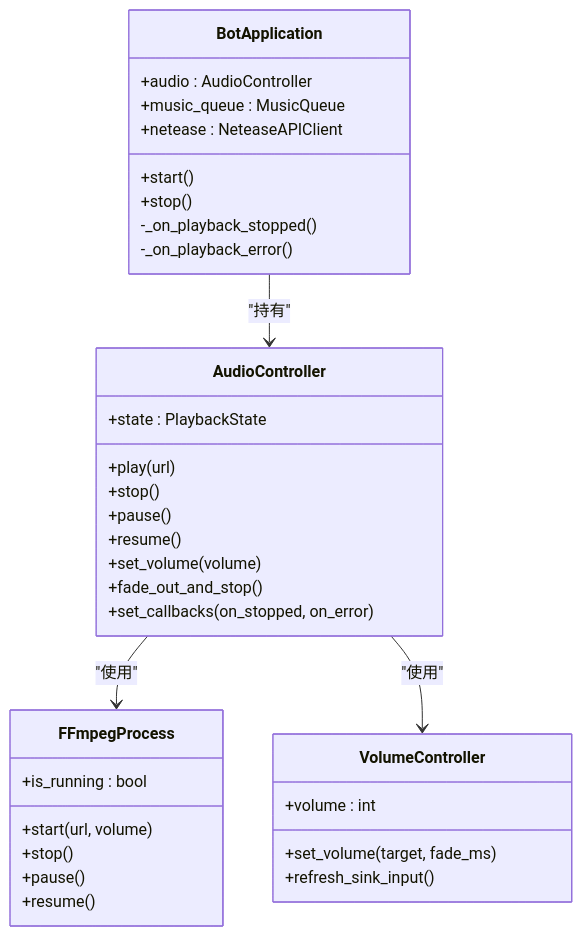
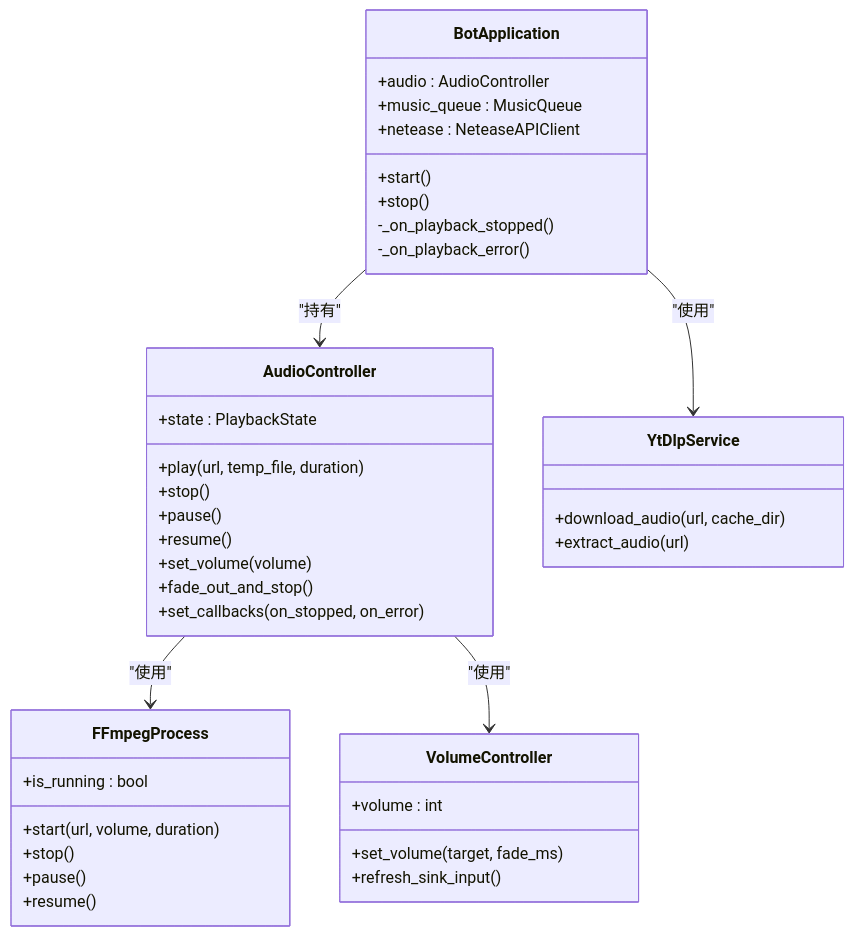
The seventh of 9 diagrams in .qoder/repowiki/zh/content/音乐播放系统/音频控制器.md (GhoulOwl/Teamspeak3_Bot), drawn with Mermaid before and after one commit. The commit also changed other lines of this file and 5 other files, not shown here.

````diff
--- a/.qoder/repowiki/zh/content/音乐播放系统/音频控制器.md
+++ b/.qoder/repowiki/zh/content/音乐播放系统/音频控制器.md
@@ -317,37 +342,42 @@
 ```mermaid
 classDiagram
 class BotApplication {
 +audio : AudioController
 +music_queue : MusicQueue
 +netease : NeteaseAPIClient
 +start()
 +stop()
 -_on_playback_stopped()
 -_on_playback_error()
 }
 class AudioController {
 +state : PlaybackState
-+play(url)
++play(url, temp_file, duration)
 +stop()
 +pause()
 +resume()
 +set_volume(volume)
 +fade_out_and_stop()
 +set_callbacks(on_stopped, on_error)
 }
 class FFmpegProcess {
-+start(url, volume)
++start(url, volume, duration)
 +stop()
 +pause()
 +resume()
 +is_running : bool
 }
 class VolumeController {
 +volume : int
 +set_volume(target, fade_ms)
 +refresh_sink_input()
 }
+class YtDlpService {
++download_audio(url, cache_dir)
++extract_audio(url)
+}
 BotApplication --> AudioController : "持有"
 AudioController --> FFmpegProcess : "使用"
 AudioController --> VolumeController : "使用"
+BotApplication --> YtDlpService : "使用"
 ```
````
